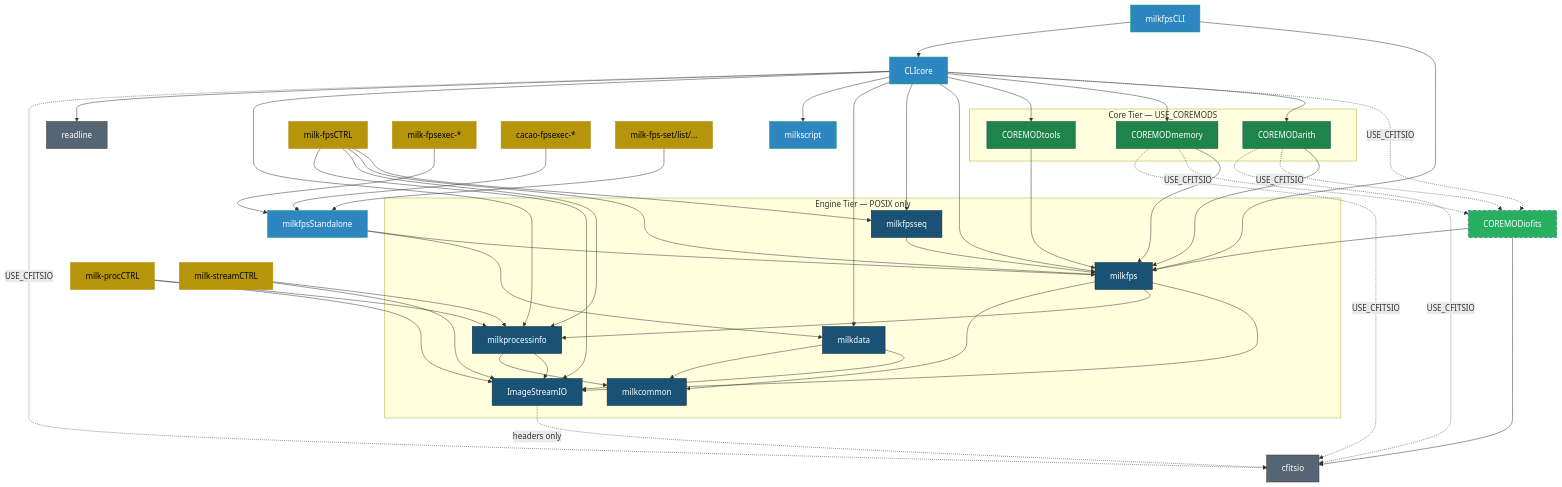
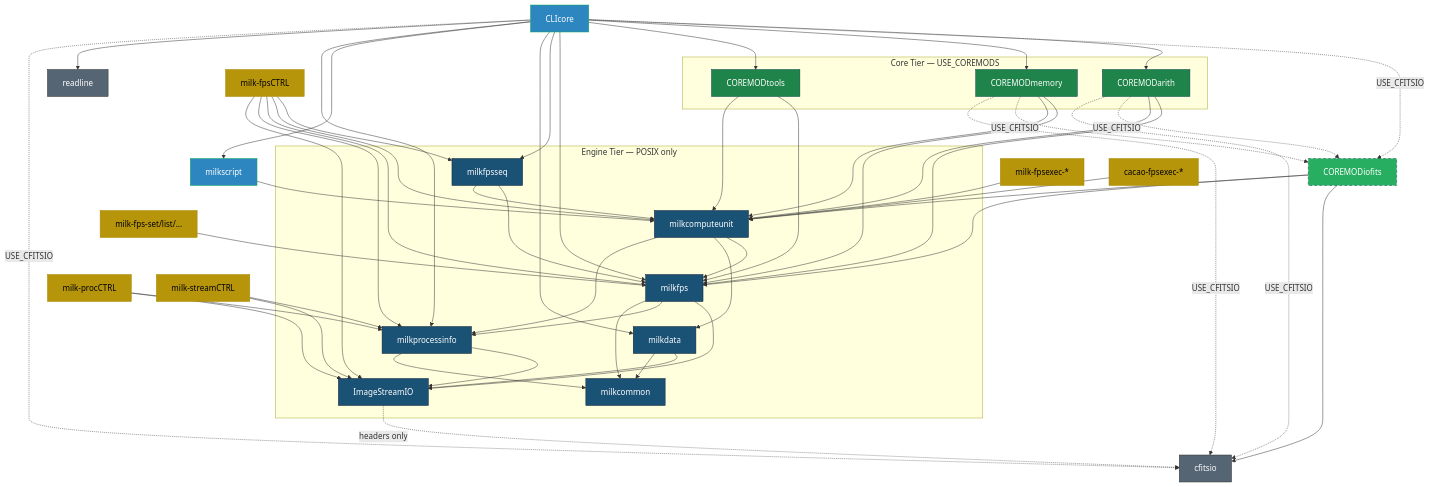
One commit to milk-org/milk changed the first of 3 diagrams in docs/arch/dependency_graph.md. Above: the diagram before and after it, drawn with Mermaid. The commit also changed other lines of this file and 161 other files, not shown here.

```diff
--- a/docs/arch/dependency_graph.md
+++ b/docs/arch/dependency_graph.md
@@ -33,14 +33,12 @@
         COMMON["milkcommon"]:::core
         PROCINFO["milkprocessinfo"]:::core
         FPS["milkfps"]:::core
+        COMPUTEUNIT["milkcomputeunit"]:::core
         MILKDATA["milkdata"]:::core
         FPSSEQ["milkfpsseq"]:::core
     end
 
     MILKSCRIPT["milkscript"]:::fw
-
-    FPSCLI["milkfpsCLI"]:::fw
-    FPSSTANDALONE["milkfpsStandalone"]:::fw
 
     subgraph coremods ["Core Tier — USE_COREMODS"]
         ARITH["COREMODarith"]:::coremod
@@ -68,21 +66,26 @@
     FPS --> COMMON
     MILKDATA --> ISIO
     MILKDATA --> COMMON
+    COMPUTEUNIT --> FPS
+    COMPUTEUNIT --> MILKDATA
+    COMPUTEUNIT --> PROCINFO
     FPSSEQ --> FPS
+    FPSSEQ --> COMPUTEUNIT
     IOFITS --> FPS
+    IOFITS --> COMPUTEUNIT
     IOFITS --> CFITSIO
     ARITH --> FPS
+    ARITH --> COMPUTEUNIT
     ARITH -.->|USE_CFITSIO| IOFITS
     ARITH -.->|USE_CFITSIO| CFITSIO
     MEMORY --> FPS
+    MEMORY --> COMPUTEUNIT
     MEMORY -.->|USE_CFITSIO| IOFITS
     MEMORY -.->|USE_CFITSIO| CFITSIO
     TOOLS --> FPS
+    TOOLS --> COMPUTEUNIT
 
-    FPSCLI --> FPS
-    FPSCLI --> CLICORE
-    FPSSTANDALONE --> FPS
-    FPSSTANDALONE --> MILKDATA
+    MILKSCRIPT --> COMPUTEUNIT
 
     CLICORE --> ARITH
     CLICORE -.->|USE_CFITSIO| IOFITS
@@ -97,6 +100,7 @@
     CLICORE -.->|USE_CFITSIO| CFITSIO
 
     FPSCTRL --> FPSSEQ
+    FPSCTRL --> COMPUTEUNIT
     FPSCTRL --> FPS
     FPSCTRL --> PROCINFO
     FPSCTRL --> ISIO
@@ -104,9 +108,9 @@
     PROCCTRL --> ISIO
     STREAMCTRL --> PROCINFO
     STREAMCTRL --> ISIO
-    MILKEXE --> FPSSTANDALONE
-    CACAOEXE --> FPSSTANDALONE
-    FPSTOOLS --> FPSSTANDALONE
+    MILKEXE --> COMPUTEUNIT
+    CACAOEXE --> COMPUTEUNIT
+    FPSTOOLS --> FPS
 
     classDef ext fill:#566573,stroke:#333,color:#fff
     classDef core fill:#1a5276,stroke:#123,color:#fff
```
